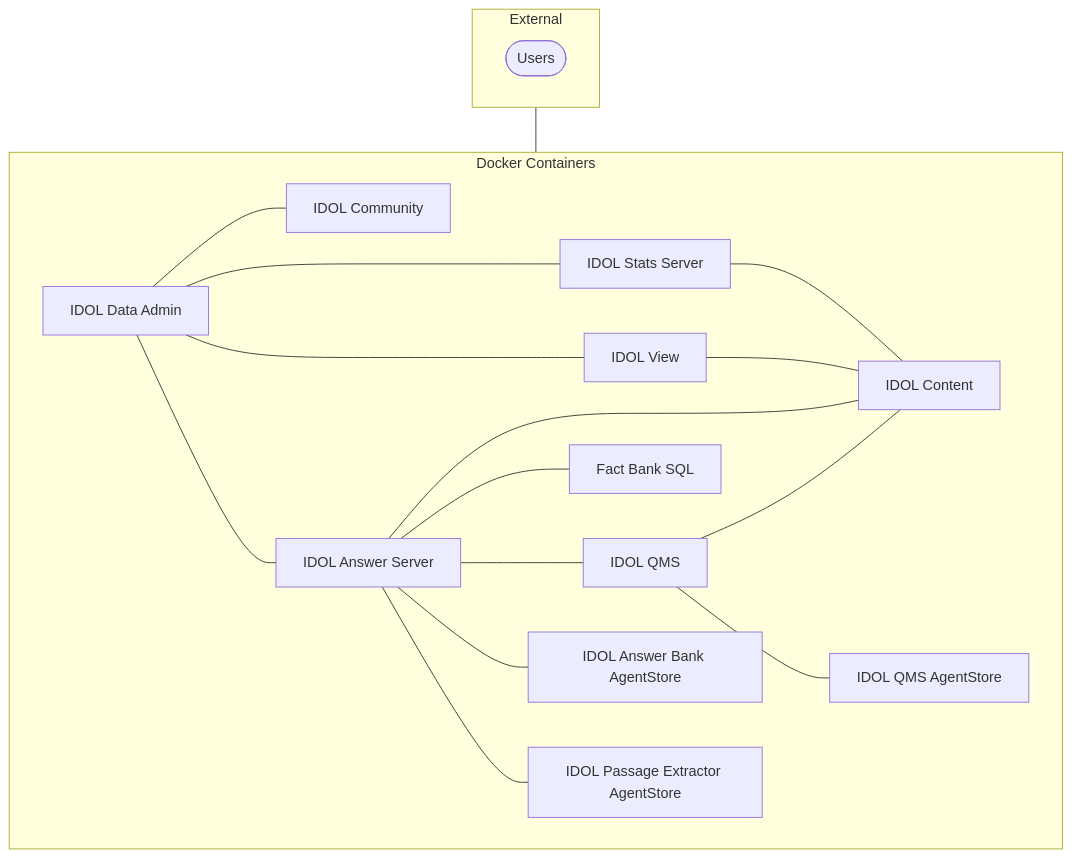
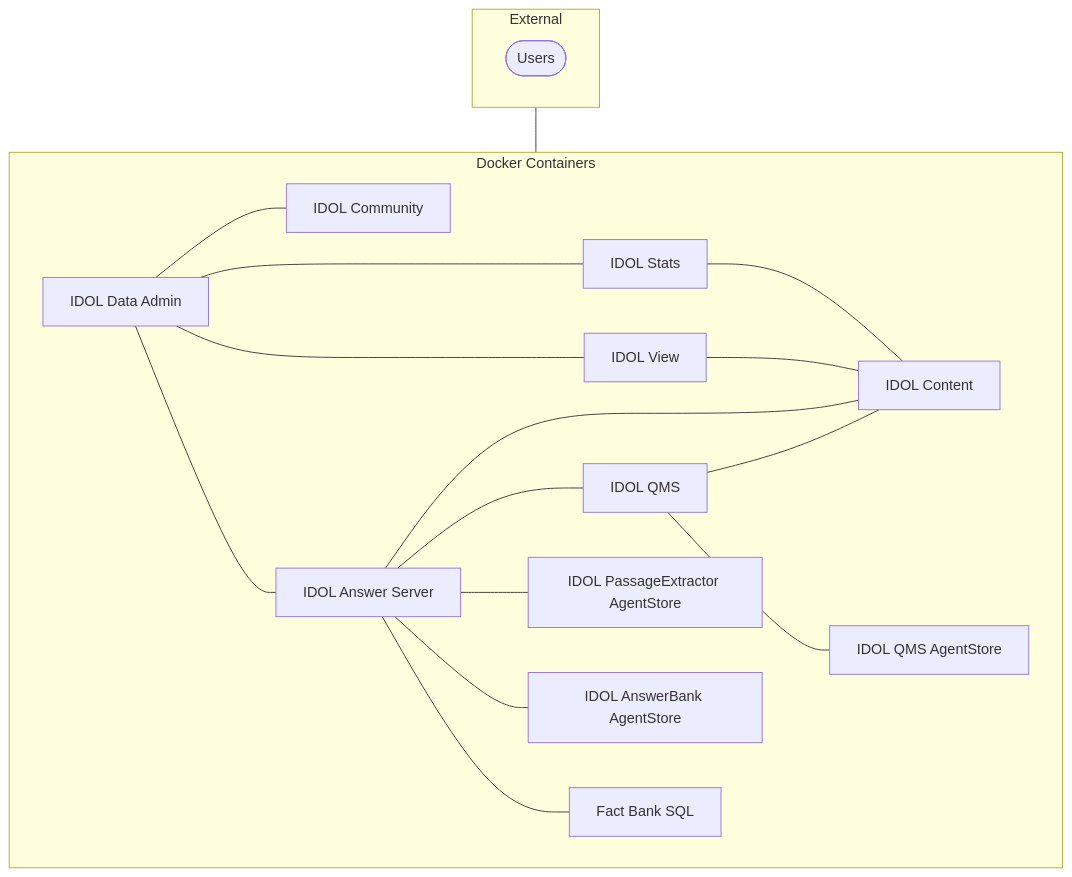
Before and after one commit to opentext-idol/idol-tutorials: the diagram in tutorials/retrieval/answer/PART_I.md, drawn with Mermaid. The commit also changed other lines of this file and 43 other files, not shown here.

````diff
--- a/tutorials/retrieval/answer/PART_I.md
+++ b/tutorials/retrieval/answer/PART_I.md
@@ -54,36 +55,35 @@
 ```mermaid
 flowchart TB
 
   subgraph external[External]
     direction LR
     users([Users])
   end
 
   subgraph internal[Docker Containers]
     direction LR
-    answerbank-agentstore[IDOL Answer Bank AgentStore]
+    passageextractor-agentstore[IDOL PassageExtractor AgentStore]
+    answerbank-agentstore[IDOL AnswerBank AgentStore]
     factbank-postgres[Fact Bank SQL]
     passageextractor-content[IDOL Content]
-    passageextractor-agentstore[IDOL Passage Extractor AgentStore]
     answerserver[IDOL Answer Server]
     qms-agentstore[IDOL QMS AgentStore]
     qms[IDOL QMS]
-    dataadmin-statsserver[IDOL Stats Server]
+    dataadmin-statsserver[IDOL Stats]
     dataadmin-viewserver[IDOL View]
     dataadmin-community[IDOL Community]
     dataadmin[IDOL Data Admin]
   end
 
   users --- dataadmin
   dataadmin --- dataadmin-community
   dataadmin --- dataadmin-statsserver --- passageextractor-content
   dataadmin --- dataadmin-viewserver --- passageextractor-content
   answerserver --- passageextractor-content
   dataadmin --- answerserver
+  answerserver --- qms --- passageextractor-content
+  qms --- qms-agentstore
+  answerserver --- passageextractor-agentstore
+  answerserver --- answerbank-agentstore
   answerserver --- factbank-postgres
-  answerserver --- qms
-  qms --- passageextractor-content
-  qms --- qms-agentstore
-  answerserver --- answerbank-agentstore
-  answerserver --- passageextractor-agentstore
 ```
````
